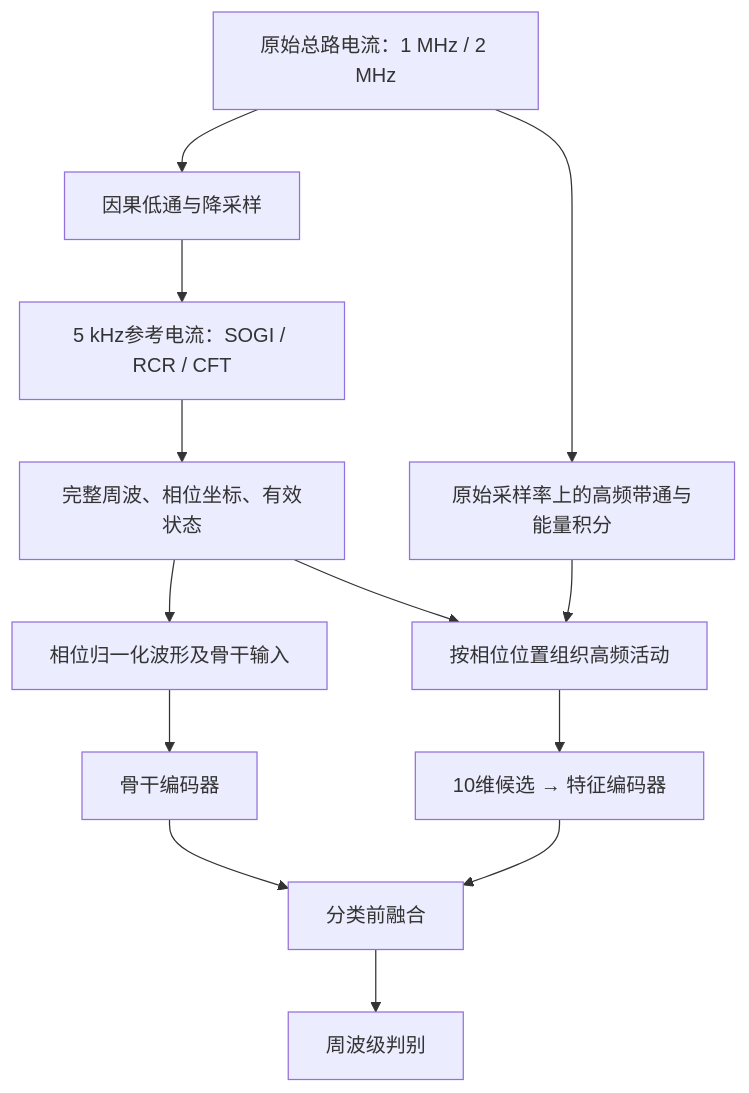
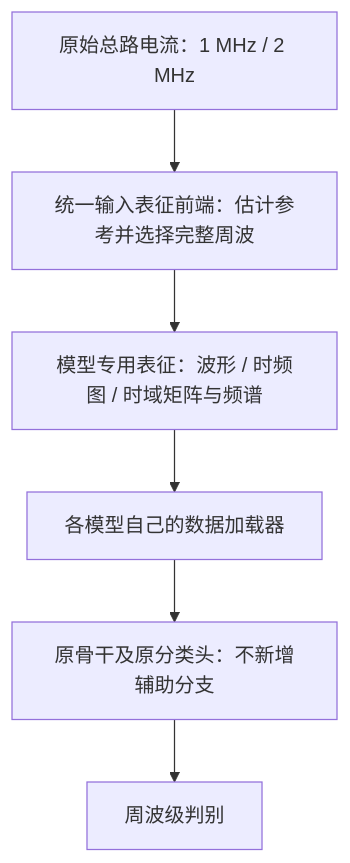
One commit to 2020hao/ARC_YsqPLL changed the diagram in README.md. Above: the diagram before and after it, drawn with Mermaid. The commit also changed other lines of this file and 21 other files, not shown here.

````diff
--- a/README.md
+++ b/README.md
@@ -49,15 +55,8 @@
 ```mermaid
 flowchart TD
-    A["原始总路电流：1 MHz / 2 MHz"] --> B["因果低通与降采样"]
-    B --> C["5 kHz参考电流：SOGI / RCR / CFT"]
-    C --> D["完整周波、相位坐标、有效状态"]
-    A --> E["原始采样率上的高频带通与能量积分"]
-    D --> F["相位归一化波形及骨干输入"]
-    D --> G["按相位位置组织高频活动"]
-    E --> G
-    F --> H["骨干编码器"]
-    G --> I["10维候选 → 特征编码器"]
-    H --> J["分类前融合"]
-    I --> J
-    J --> K["周波级判别"]
+    A["原始总路电流：1 MHz / 2 MHz"] --> B["统一输入表征前端：估计参考并选择完整周波"]
+    B --> C["模型专用表征：波形 / 时频图 / 时域矩阵与频谱"]
+    C --> D["各模型自己的数据加载器"]
+    D --> E["原骨干及原分类头：不新增辅助分支"]
+    E --> F["周波级判别"]
 ```
````
